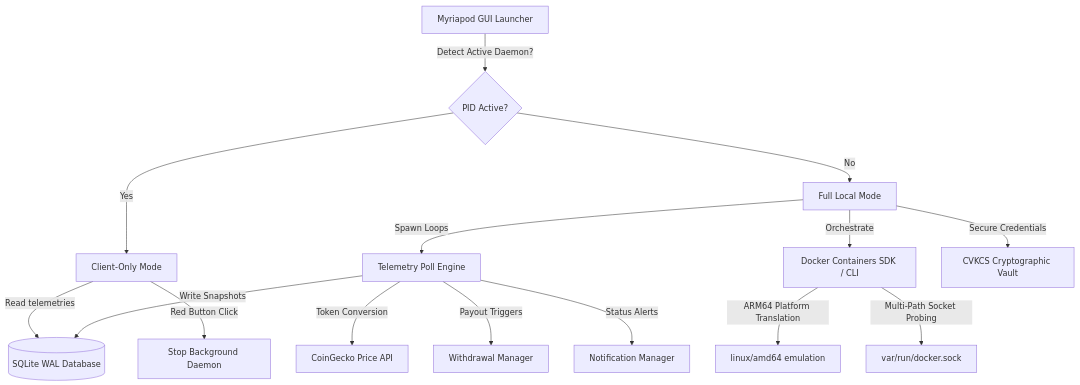
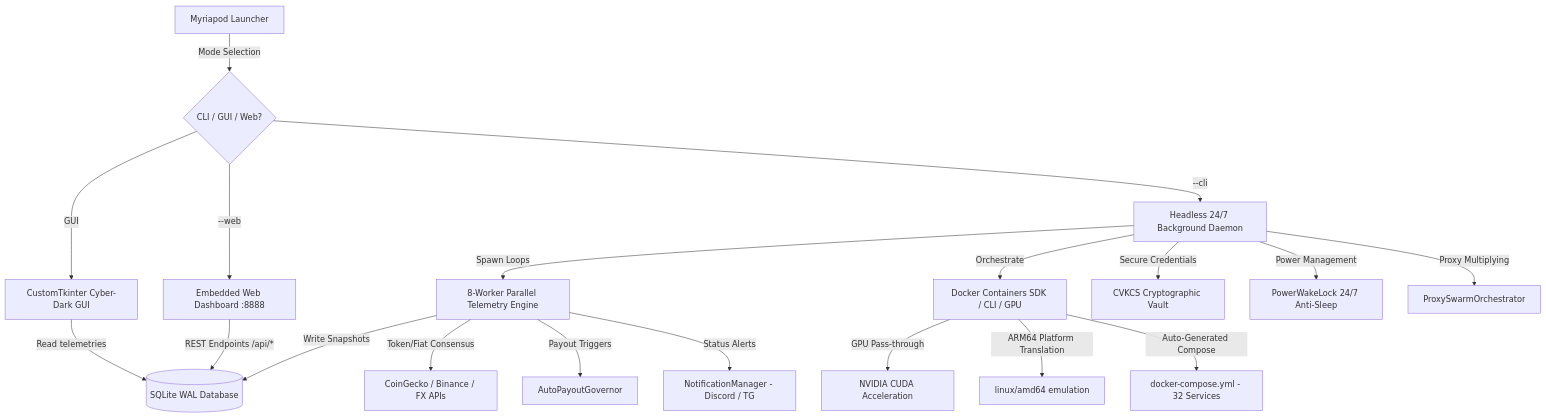
One commit to HackerPrat/Myriapod changed the diagram in README.md. Above: the diagram before and after it, drawn with Mermaid. The commit also changed other lines of this file, not shown here.

````diff
--- a/README.md
+++ b/README.md
@@ -31,21 +50,25 @@
 ```mermaid
 graph TD
-    A[Myriapod GUI Launcher] -->|Detect Active Daemon?| B{PID Active?}
-    B -->|Yes| C[Client-Only Mode]
-    B -->|No| D[Full Local Mode]
+    A[Myriapod Launcher] -->|Mode Selection| B{CLI / GUI / Web?}
+    B -->|--web| W[Embedded Web Dashboard :8888]
+    B -->|GUI| C[CustomTkinter Cyber-Dark GUI]
+    B -->|--cli| D[Headless 24/7 Background Daemon]
     
     C -->|Read telemetries| E[(SQLite WAL Database)]
-    C -->|Red Button Click| F[Stop Background Daemon]
+    W -->|REST Endpoints /api/*| E
     
-    D -->|Spawn Loops| G[Telemetry Poll Engine]
-    D -->|Orchestrate| H[Docker Containers SDK / CLI]
+    D -->|Spawn Loops| G[8-Worker Parallel Telemetry Engine]
+    D -->|Orchestrate| H[Docker Containers SDK / CLI / GPU]
     D -->|Secure Credentials| I[CVKCS Cryptographic Vault]
+    D -->|Power Management| P[PowerWakeLock 24/7 Anti-Sleep]
+    D -->|Proxy Multiplying| S[ProxySwarmOrchestrator]
     
     G -->|Write Snapshots| E
-    G -->|Token Conversion| K[CoinGecko Price API]
-    G -->|Payout Triggers| J[Withdrawal Manager]
-    G -->|Status Alerts| L[Notification Manager]
+    G -->|Token/Fiat Consensus| K[CoinGecko / Binance / FX APIs]
+    G -->|Payout Triggers| J[AutoPayoutGovernor]
+    G -->|Status Alerts| L[NotificationManager - Discord / TG]
     
+    H -->|GPU Pass-through| Q[NVIDIA CUDA Acceleration]
     H -->|ARM64 Platform Translation| M[linux/amd64 emulation]
-    H -->|Multi-Path Socket Probing| N[var/run/docker.sock]
+    H -->|Auto-Generated Compose| N[docker-compose.yml - 32 Services]
 ```
````
